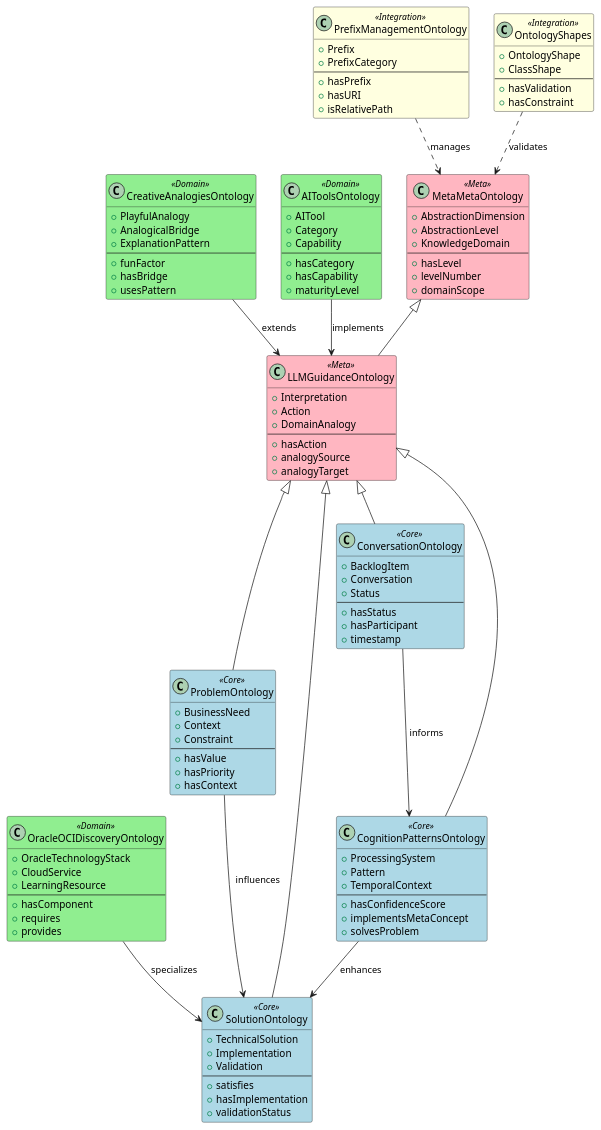
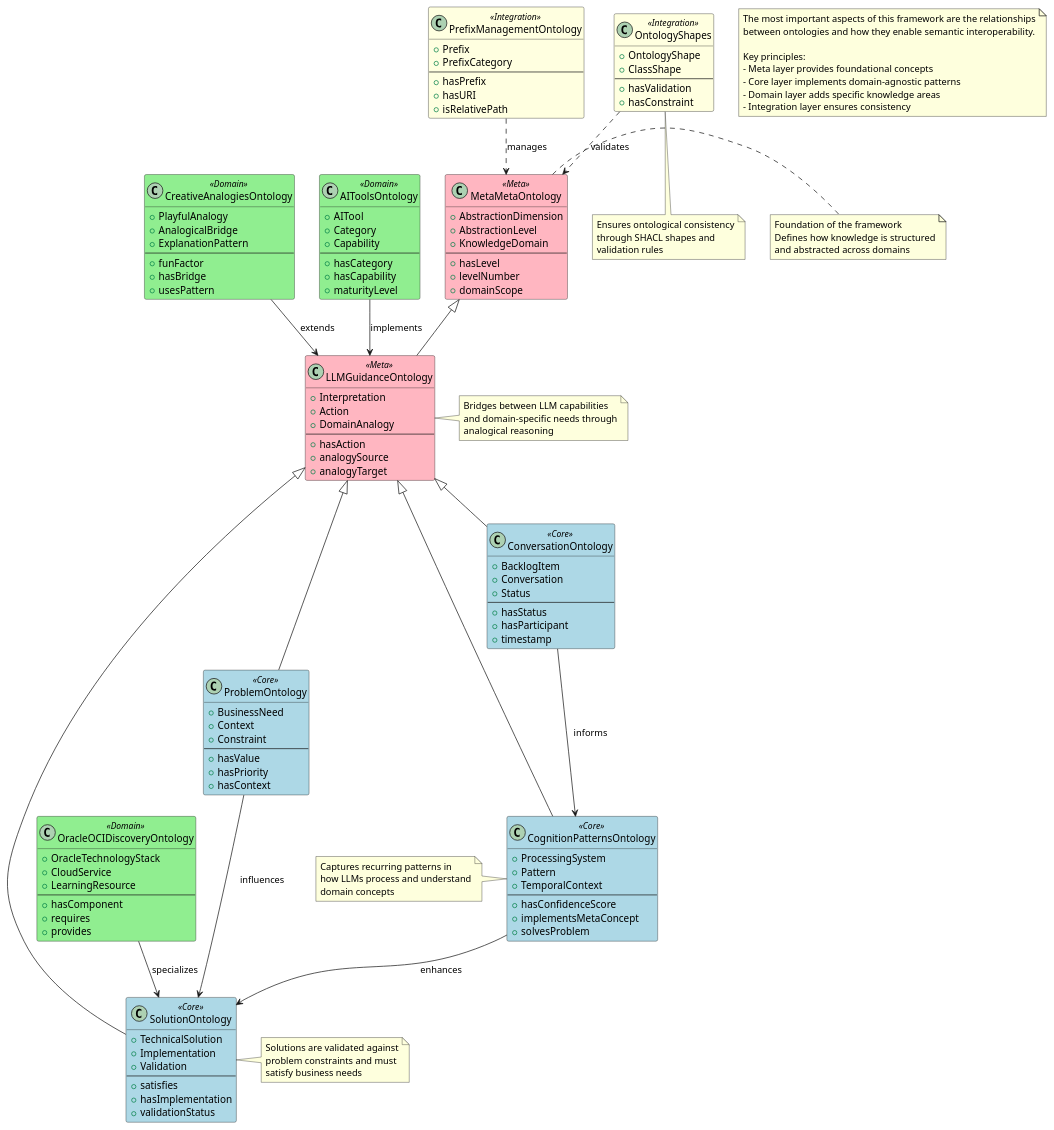
One commit to louspringer/ontology-framework changed the diagram in ontology-framework.puml. Above: the diagram before and after it, drawn with PlantUML. The commit also changed 1 other file, not shown here.

Commit message:
💝 Add explanatory notes to architecture diagram
- Add overview note explaining key principles\n- Add specific notes for critical components\n- Emphasize relationships and semantic interoperability\n- Channel Booch's wisdom: 'The most important part of UML is the notes' ❤️

```diff
--- a/ontology-framework.puml
+++ b/ontology-framework.puml
@@ -1,141 +1,182 @@
 @startuml ontology-framework
 
 ' Styling
 skinparam class {
     BackgroundColor<<Meta>> LightPink
     BackgroundColor<<Core>> LightBlue
     BackgroundColor<<Domain>> LightGreen
     BackgroundColor<<Base>> LightGray
     BackgroundColor<<Integration>> LightYellow
 }
+
+note as N1
+  The most important aspects of this framework are the relationships
+  between ontologies and how they enable semantic interoperability.
+  
+  Key principles:
+  - Meta layer provides foundational concepts
+  - Core layer implements domain-agnostic patterns
+  - Domain layer adds specific knowledge areas
+  - Integration layer ensures consistency
+end note
 
 ' Meta Layer
 class MetaMetaOntology <<Meta>> {
     + AbstractionDimension
     + AbstractionLevel
     + KnowledgeDomain
     --
     + hasLevel
     + levelNumber
     + domainScope
 }
 
+note right of MetaMetaOntology
+  Foundation of the framework
+  Defines how knowledge is structured
+  and abstracted across domains
+end note
+
 class LLMGuidanceOntology <<Meta>> {
     + Interpretation
     + Action
     + DomainAnalogy
     --
     + hasAction
     + analogySource
     + analogyTarget
 }
+
+note right of LLMGuidanceOntology
+  Bridges between LLM capabilities
+  and domain-specific needs through
+  analogical reasoning
+end note
 
 ' Core Layer
 class ProblemOntology <<Core>> {
     + BusinessNeed
     + Context
     + Constraint
     --
     + hasValue
     + hasPriority
     + hasContext
 }
 
 class SolutionOntology <<Core>> {
     + TechnicalSolution
     + Implementation
     + Validation
     --
     + satisfies
     + hasImplementation
     + validationStatus
 }
 
+note right of SolutionOntology
+  Solutions are validated against
+  problem constraints and must
+  satisfy business needs
+end note
+
 class ConversationOntology <<Core>> {
     + BacklogItem
     + Conversation
     + Status
     --
     + hasStatus
     + hasParticipant
     + timestamp
 }
 
 class CognitionPatternsOntology <<Core>> {
     + ProcessingSystem
     + Pattern
     + TemporalContext
     --
     + hasConfidenceScore
     + implementsMetaConcept
     + solvesProblem
 }
+
+note left of CognitionPatternsOntology
+  Captures recurring patterns in
+  how LLMs process and understand
+  domain concepts
+end note
 
 ' Domain Layer
 class CreativeAnalogiesOntology <<Domain>> {
     + PlayfulAnalogy
     + AnalogicalBridge
     + ExplanationPattern
     --
     + funFactor
     + hasBridge
     + usesPattern
 }
 
 class AIToolsOntology <<Domain>> {
     + AITool
     + Category
     + Capability
     --
     + hasCategory
     + hasCapability
     + maturityLevel
 }
 
 class OracleOCIDiscoveryOntology <<Domain>> {
     + OracleTechnologyStack
     + CloudService
     + LearningResource
     --
     + hasComponent
     + requires
     + provides
 }
 
 ' Integration Layer
 class PrefixManagementOntology <<Integration>> {
     + Prefix
     + PrefixCategory
     --
     + hasPrefix
     + hasURI
     + isRelativePath
 }
 
 class OntologyShapes <<Integration>> {
     + OntologyShape
     + ClassShape
     --
     + hasValidation
     + hasConstraint
 }
 
+note bottom of OntologyShapes
+  Ensures ontological consistency
+  through SHACL shapes and
+  validation rules
+end note
+
 ' Relationships
 MetaMetaOntology <|-- LLMGuidanceOntology
 LLMGuidanceOntology <|-- ProblemOntology
 LLMGuidanceOntology <|-- SolutionOntology
 LLMGuidanceOntology <|-- ConversationOntology
 LLMGuidanceOntology <|-- CognitionPatternsOntology
 
 ProblemOntology --> SolutionOntology : influences
 CognitionPatternsOntology --> SolutionOntology : enhances
 ConversationOntology --> CognitionPatternsOntology : informs
 
 CreativeAnalogiesOntology --> LLMGuidanceOntology : extends
 AIToolsOntology --> LLMGuidanceOntology : implements
 OracleOCIDiscoveryOntology --> SolutionOntology : specializes
 
 PrefixManagementOntology ..> MetaMetaOntology : manages
 OntologyShapes ..> MetaMetaOntology : validates
 
 @enduml 
```
